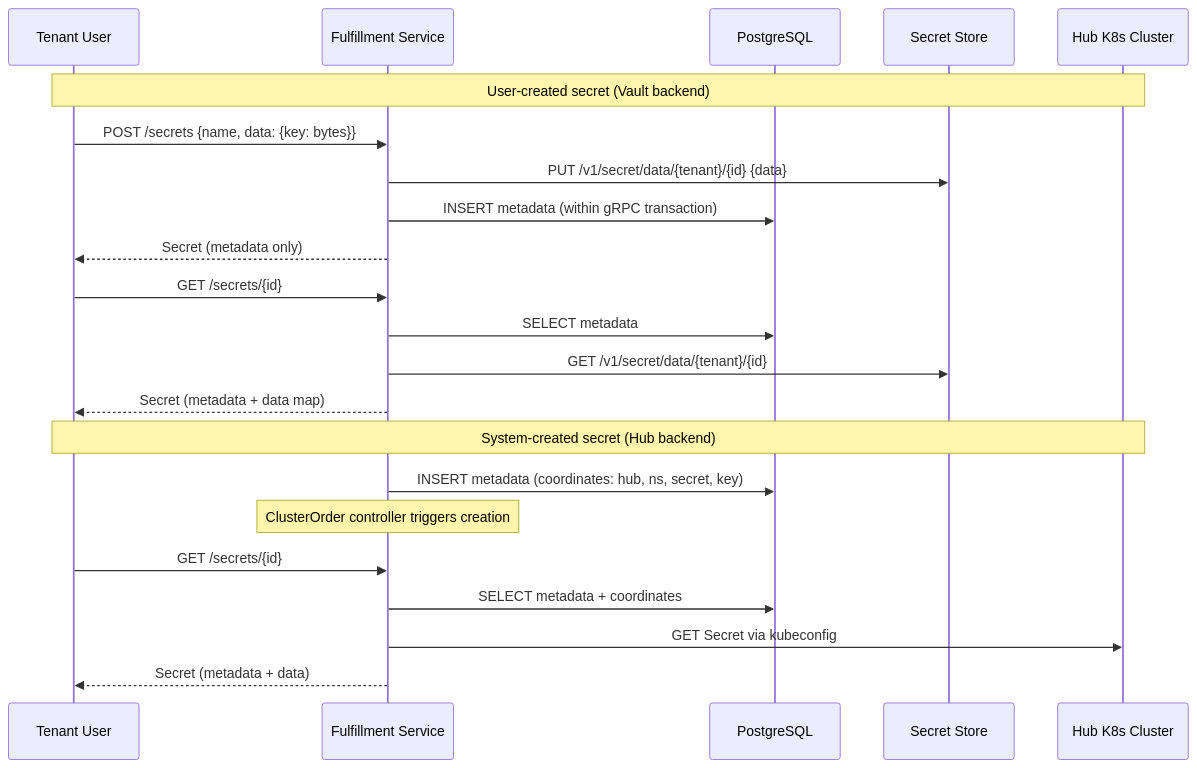
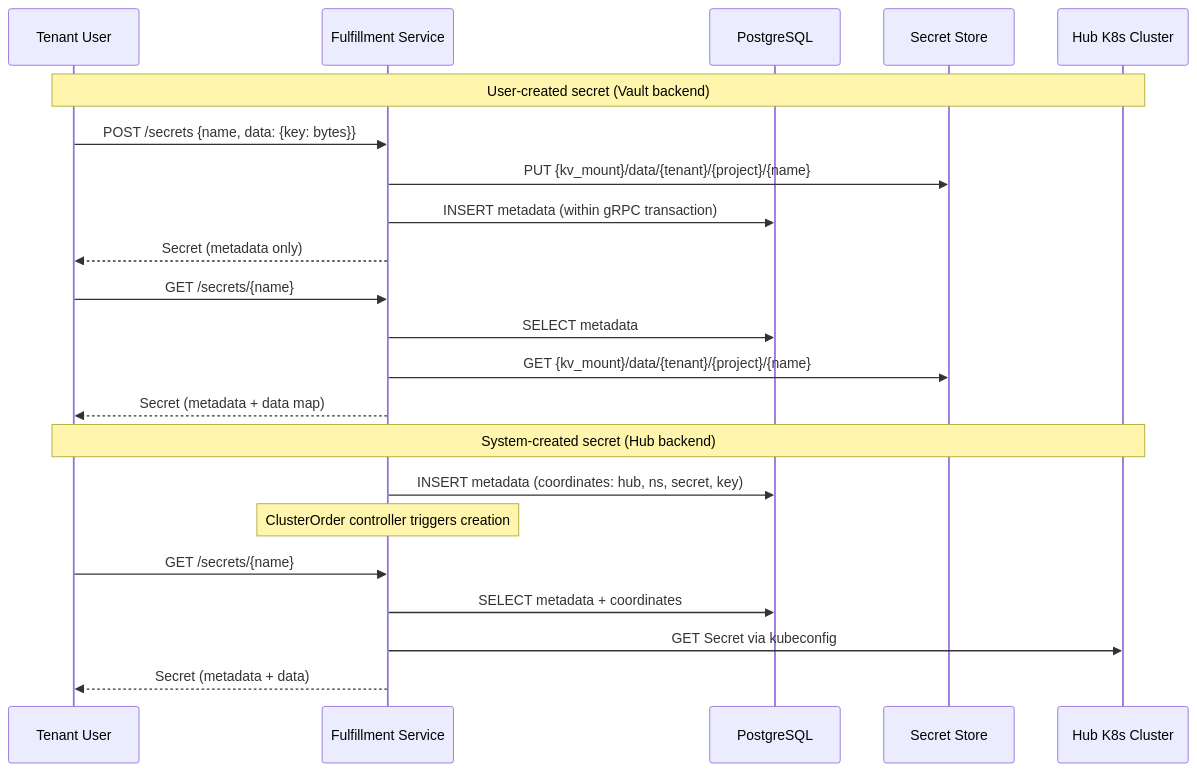
Before and after one commit to osac-project/enhancement-proposals: the diagram in enhancements/secret-management/design.md, drawn with Mermaid. The commit also changed other lines of this file, not shown here.

Commit message:
OSAC-1567: CFix project/id/name discrepancies

````diff
--- a/enhancements/secret-management/design.md
+++ b/enhancements/secret-management/design.md
@@ -164,28 +164,28 @@
 ```mermaid
 sequenceDiagram
     participant User as Tenant User
     participant API as Fulfillment Service
     participant DB as PostgreSQL
     participant VS as Secret Store
     participant Hub as Hub K8s Cluster
 
     Note over User,Hub: User-created secret (Vault backend)
     User->>API: POST /secrets {name, data: {key: bytes}}
-    API->>VS: PUT /v1/secret/data/{tenant}/{id} {data}
+    API->>VS: PUT {kv_mount}/data/{tenant}/{project}/{name}
     API->>DB: INSERT metadata (within gRPC transaction)
     API-->>User: Secret (metadata only)
 
-    User->>API: GET /secrets/{id}
+    User->>API: GET /secrets/{name}
     API->>DB: SELECT metadata
-    API->>VS: GET /v1/secret/data/{tenant}/{id}
+    API->>VS: GET {kv_mount}/data/{tenant}/{project}/{name}
     API-->>User: Secret (metadata + data map)
 
     Note over User,Hub: System-created secret (Hub backend)
     API->>DB: INSERT metadata (coordinates: hub, ns, secret, key)
     Note over API: ClusterOrder controller triggers creation
 
-    User->>API: GET /secrets/{id}
+    User->>API: GET /secrets/{name}
     API->>DB: SELECT metadata + coordinates
     API->>Hub: GET Secret via kubeconfig
     API-->>User: Secret (metadata + data)
 ```
````
